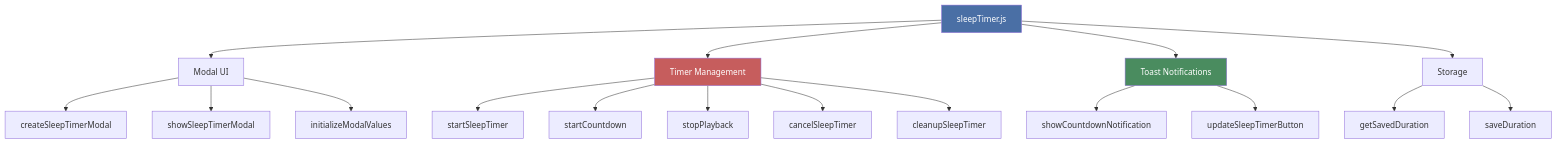
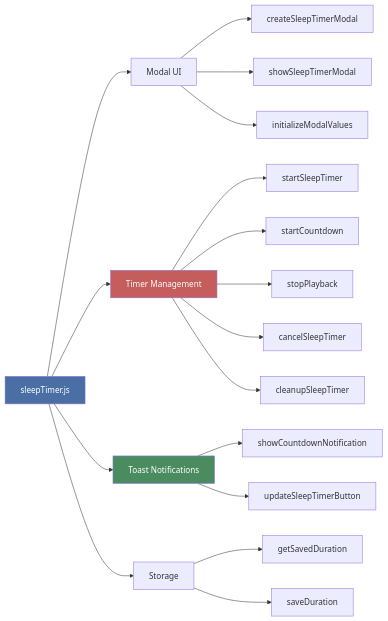
The first of 3 diagrams in docs/development/audio-playback/frontend/sleep-timer.md (mark-me/mixtape-society), drawn with Mermaid before and after one commit. The commit also changed 19 other files, not shown here.

First line of the commit message:
Simplify unreadable diagrams and correct small errors in the docs

````diff
--- a/docs/development/audio-playback/frontend/sleep-timer.md
+++ b/docs/development/audio-playback/frontend/sleep-timer.md
@@ -29,34 +29,34 @@
 ```mermaid
-graph TB
+graph LR
     SleepTimer[sleepTimer.js]
 
     UI[Modal UI]
     Timer[Timer Management]
     Notifications[Toast Notifications]
     Persistence[Storage]
 
     SleepTimer --> UI
     SleepTimer --> Timer
     SleepTimer --> Notifications
     SleepTimer --> Persistence
 
     UI --> CreateModal[createSleepTimerModal]
     UI --> ShowModal[showSleepTimerModal]
     UI --> InitValues[initializeModalValues]
 
     Timer --> StartTimer[startSleepTimer]
     Timer --> StartCountdown[startCountdown]
     Timer --> StopPlayback[stopPlayback]
     Timer --> Cancel[cancelSleepTimer]
     Timer --> Cleanup[cleanupSleepTimer]
 
     Notifications --> Countdown[showCountdownNotification]
     Notifications --> UpdateButton[updateSleepTimerButton]
 
     Persistence --> GetDuration[getSavedDuration]
     Persistence --> SaveDuration[saveDuration]
 
     style SleepTimer fill:#4a6fa5,color:#fff
     style Timer fill:#c65d5d,color:#fff
     style Notifications fill:#4a8c5f,color:#fff
 ```
````
